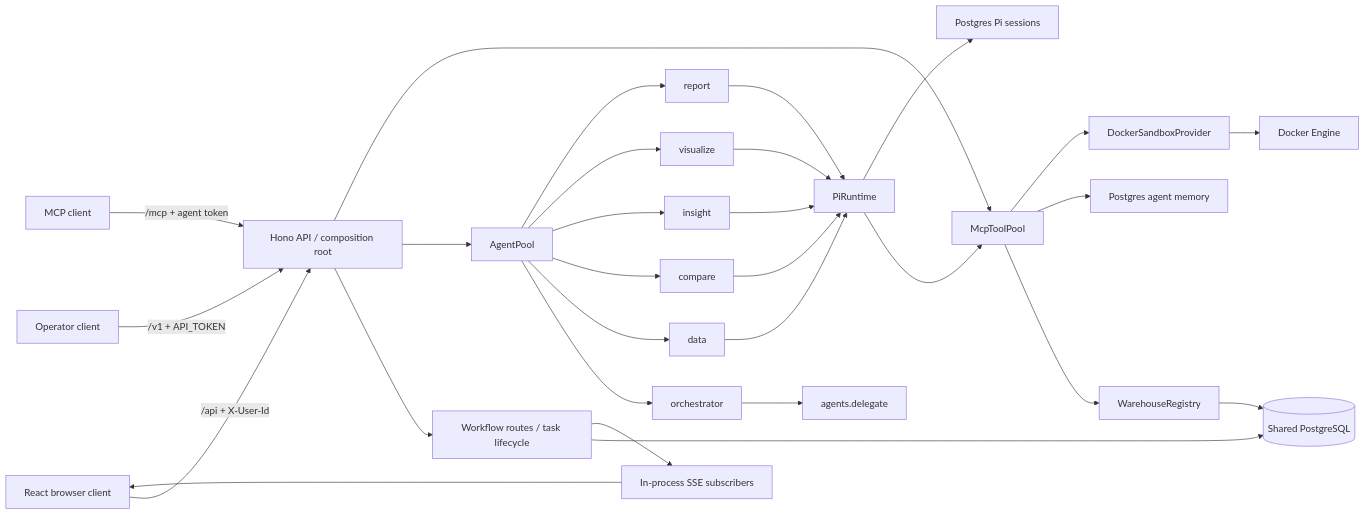
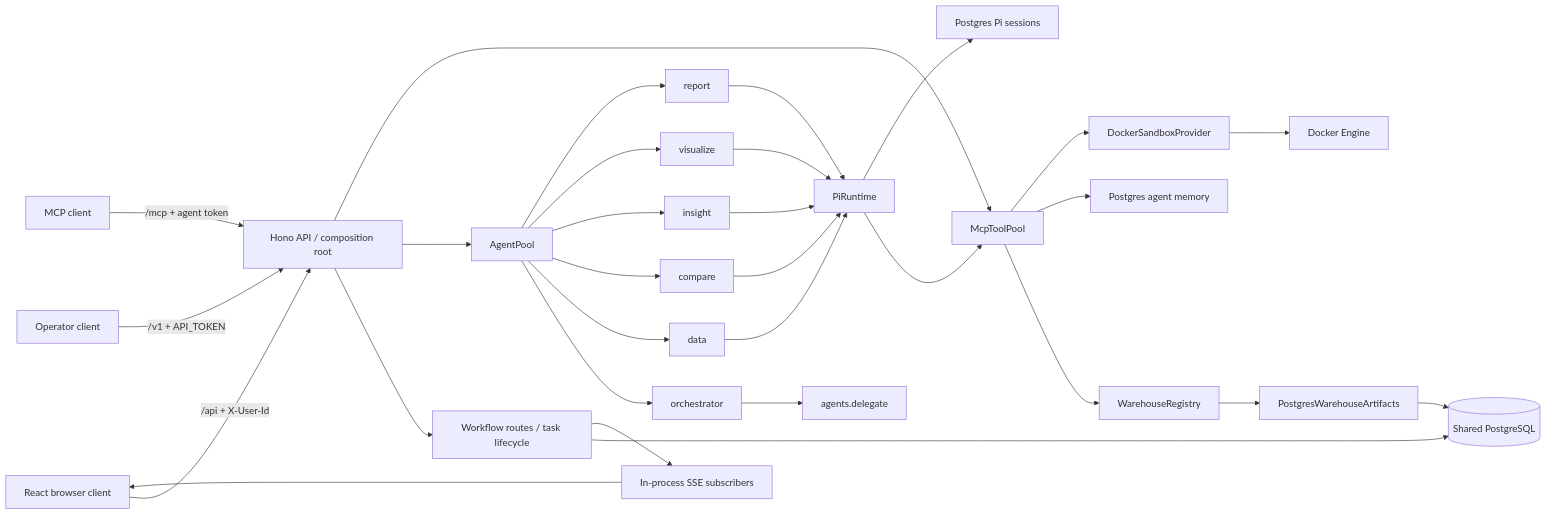
The first of 2 diagrams in docs/architecture.md (lemanhcuong6904/VDAgent), drawn with Mermaid before and after one commit. The commit also changed other lines of this file and 6 other files, not shown here.

````diff
--- a/docs/architecture.md
+++ b/docs/architecture.md
@@ -36,32 +36,33 @@
 ```mermaid
 flowchart LR
   Browser[React browser client] -->|/api + X-User-Id| API[Hono API / composition root]
   Operator[Operator client] -->|/v1 + API_TOKEN| API
   MCP[MCP client] -->|/mcp + agent token| API
 
   API --> Workflow[Workflow routes / task lifecycle]
   API --> Registry[AgentPool]
   API --> ToolPool[McpToolPool]
   Workflow --> PG[(Shared PostgreSQL)]
   Registry --> Orchestrator[orchestrator]
   Registry --> Data[data]
   Registry --> Compare[compare]
   Registry --> Insight[insight]
   Registry --> Visualize[visualize]
   Registry --> Report[report]
   Orchestrator --> Delegation[agents.delegate]
   Data --> Pi[PiRuntime]
   Compare --> Pi
   Insight --> Pi
   Visualize --> Pi
   Report --> Pi
   Pi --> ToolPool
   ToolPool --> Warehouse[WarehouseRegistry]
   ToolPool --> Memory[Postgres agent memory]
   ToolPool --> Sandbox[DockerSandboxProvider]
-  Warehouse --> PG
+  Warehouse --> Artifacts[PostgresWarehouseArtifacts]
+  Artifacts --> PG
   Pi --> Sessions[Postgres Pi sessions]
   Sandbox --> Docker[Docker Engine]
   Workflow --> UIEvents[In-process SSE subscribers]
   UIEvents --> Browser
 ```
````
